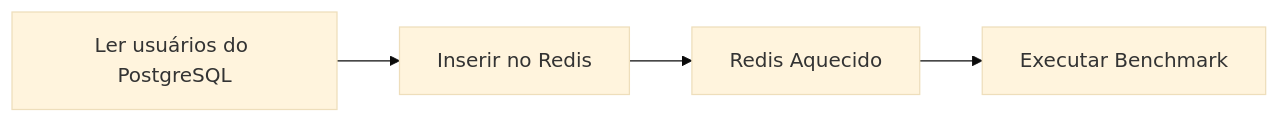
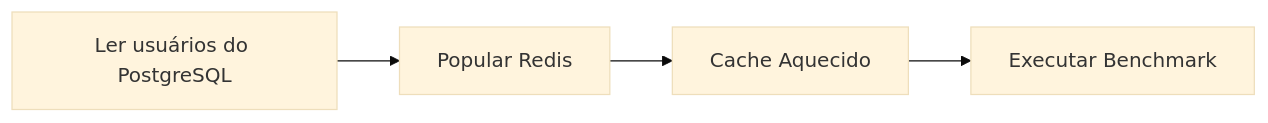
One commit to Eduardoss45/grpc-playground changed the fourth of 7 diagrams in README.md. Above: the diagram before and after it, drawn with Mermaid (base theme). The commit also changed other lines of this file, not shown here.

````diff
--- a/README.md
+++ b/README.md
@@ -325,17 +382,17 @@
 ```mermaid
 flowchart LR
 
 A["Ler usuários do PostgreSQL"]
 
-B["Inserir no Redis"]
+B["Popular Redis"]
 
-C["Redis Aquecido"]
+C["Cache Aquecido"]
 
 D["Executar Benchmark"]
 
 A --> B
 
 B --> C
 
 C --> D
 ```
````
